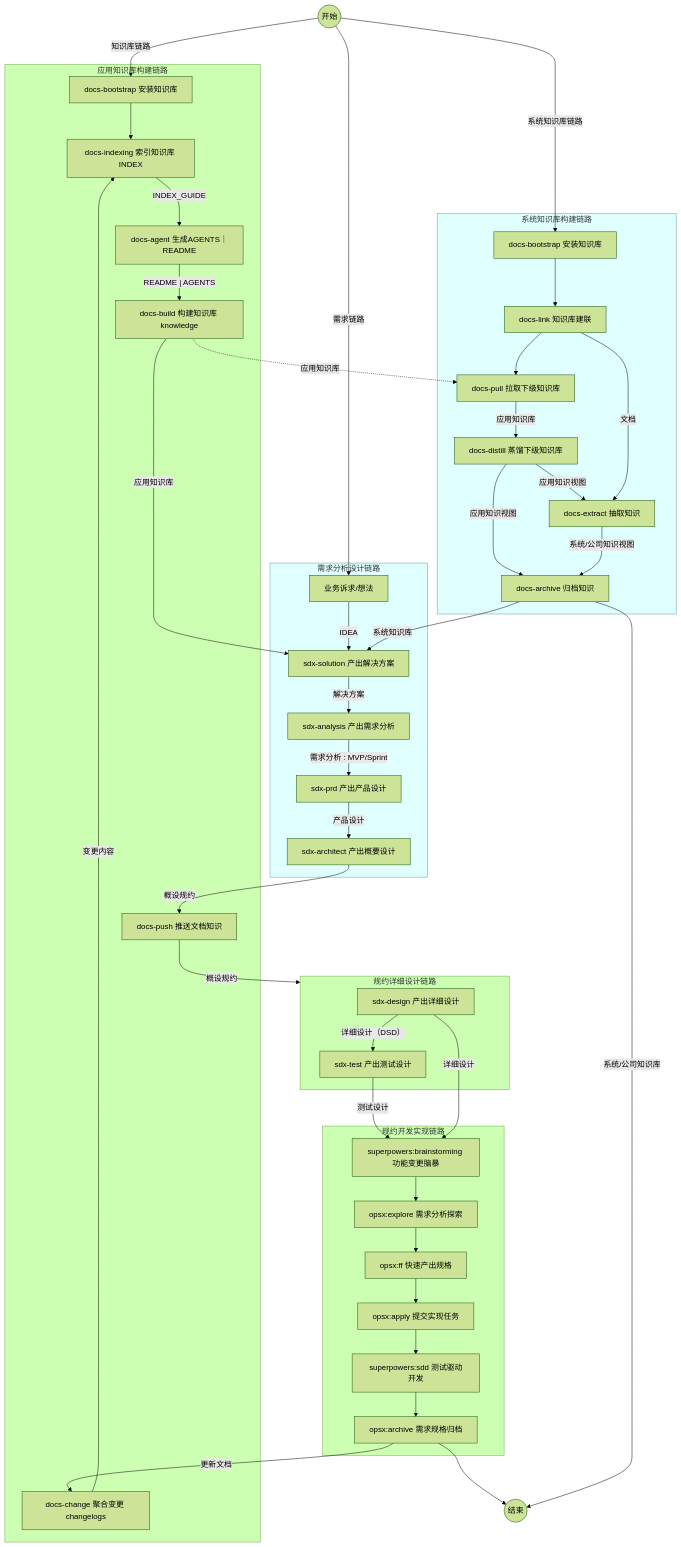
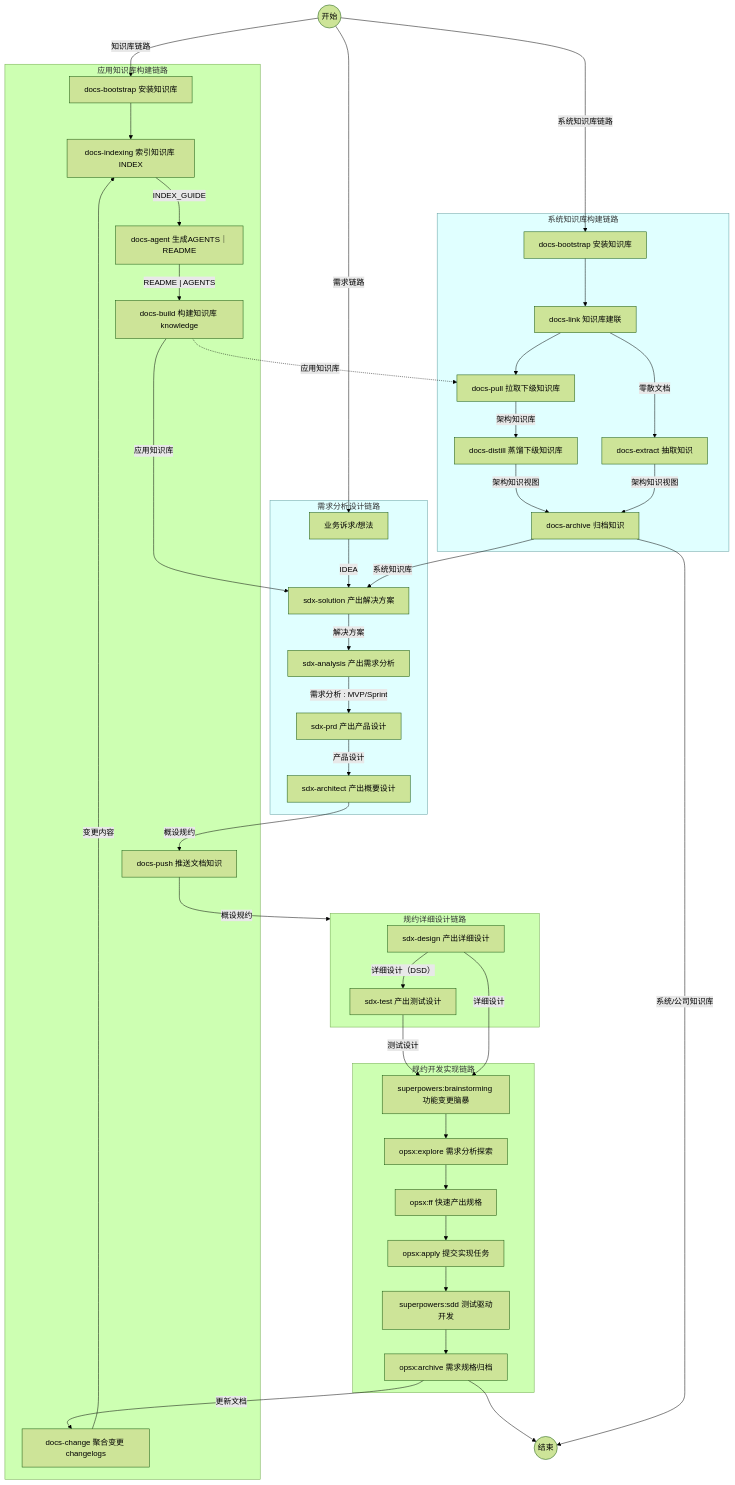
The second of 2 diagrams in README.md (oleewen/ai-knowledge), drawn with Mermaid (forest theme) before and after one commit. The commit also changed other lines of this file and 2 other files, not shown here.

````diff
--- a/README.md
+++ b/README.md
@@ -191,79 +202,78 @@
 ```mermaid
 flowchart TD
     S((开始)) 
     Z((结束))
 
     direction LR
     subgraph APPLICATION["应用知识库构建链路"]
         A0["docs-bootstrap 安装知识库"] 
         A1["docs-indexing 索引知识库 INDEX"]
         A2["docs-agent 生成AGENTS｜README"]
         A3["docs-build 构建知识库 knowledge"]
         A4["docs-change 聚合变更 changelogs"]
         A5["docs-push 推送文档知识"]
 
         A0 --> A1 -- INDEX_GUIDE --> A2 -- README | AGENTS --> A3
         A4 -- 变更内容 --> A1
     end
 
     subgraph SYSTEM["系统知识库构建链路"]
         Y0["docs-bootstrap 安装知识库"] 
         Y1["docs-link 知识库建联"]
         Y2["docs-pull 拉取下级知识库"]
         Y3["docs-distill 蒸馏下级知识库"]
         Y4["docs-extract 抽取知识"]
         Y5["docs-archive 归档知识"]
 
-        Y0 --> Y1 --> Y2 -- 应用知识库 --> Y3 -- 应用知识视图 --> Y5
-        Y3 -- 应用知识视图 --> Y4 -- 系统/公司知识视图 --> Y5
-        Y1 -- 文档 --> Y4
+        Y0 --> Y1 --> Y2 -- 架构知识库 --> Y3 -- 架构知识视图 --> Y5
+        Y1 -- 零散文档 --> Y4 -- 架构知识视图 --> Y5
     end
 
     subgraph RDD["需求分析设计链路"]
         R0["业务诉求/想法"]
         R1["sdx-solution 产出解决方案"] 
         R2["sdx-analysis 产出需求分析"] 
         R3["sdx-prd 产出产品设计"] 
         R4["sdx-architect 产出概要设计"] 
 
         R0 -- IDEA --> R1 -- 解决方案 --> R2 -- 需求分析 : MVP/Sprint --> R3 -- 产品设计 --> R4
     end
 
     subgraph DDD["规约详细设计链路"]
         D0["sdx-design 产出详细设计"] 
         D1["sdx-test 产出测试设计"] 
 
         D0 -- 详细设计（DSD） --> D1
     end
 
     subgraph SDD["规约开发实现链路"]
         S0["superpowers:brainstorming 功能变更脑暴"] 
         S1["opsx:explore 需求分析探索"] 
         S2["opsx:ff 快速产出规格"] 
         S3["opsx:apply 提交实现任务"] 
         S4["superpowers:sdd 测试驱动开发"] 
         S5["opsx:archive 需求规格归档"] 
 
         S0 --> S1 --> S2 --> S3 --> S4 --> S5
     end
 
     S -- 知识库链路 --> A0
     S -- 系统知识库链路 --> Y0
     S -- 需求链路 --> R0
     R4 -- 概设规约 --> A5
     A5 -- 概设规约 --> DDD
     D1 -- 测试设计 --> S0
     D0 -- 详细设计 --> S0
     A3 -. 应用知识库 .-> Y2
     Y5 -- 系统知识库 --> R1
     A3 -- 应用知识库 --> R1
 
     S5 -- 更新文档 --> A4
 
     S5 --> Z
     Y5 -- 系统/公司知识库 --> Z
 
     style SYSTEM fill:#E0FFFF,stroke:#5F9EA0,color:#333
     style RDD fill:#E0FFFF,stroke:#5F9EA0,color:#333
 
 ```
````
